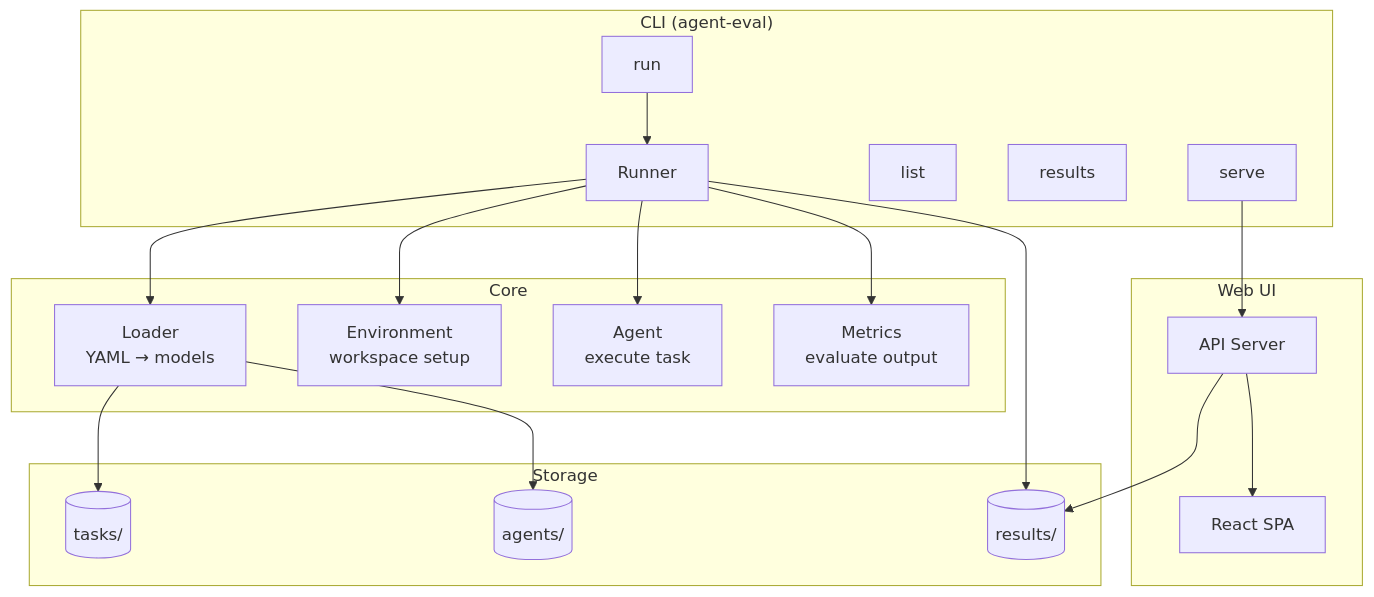
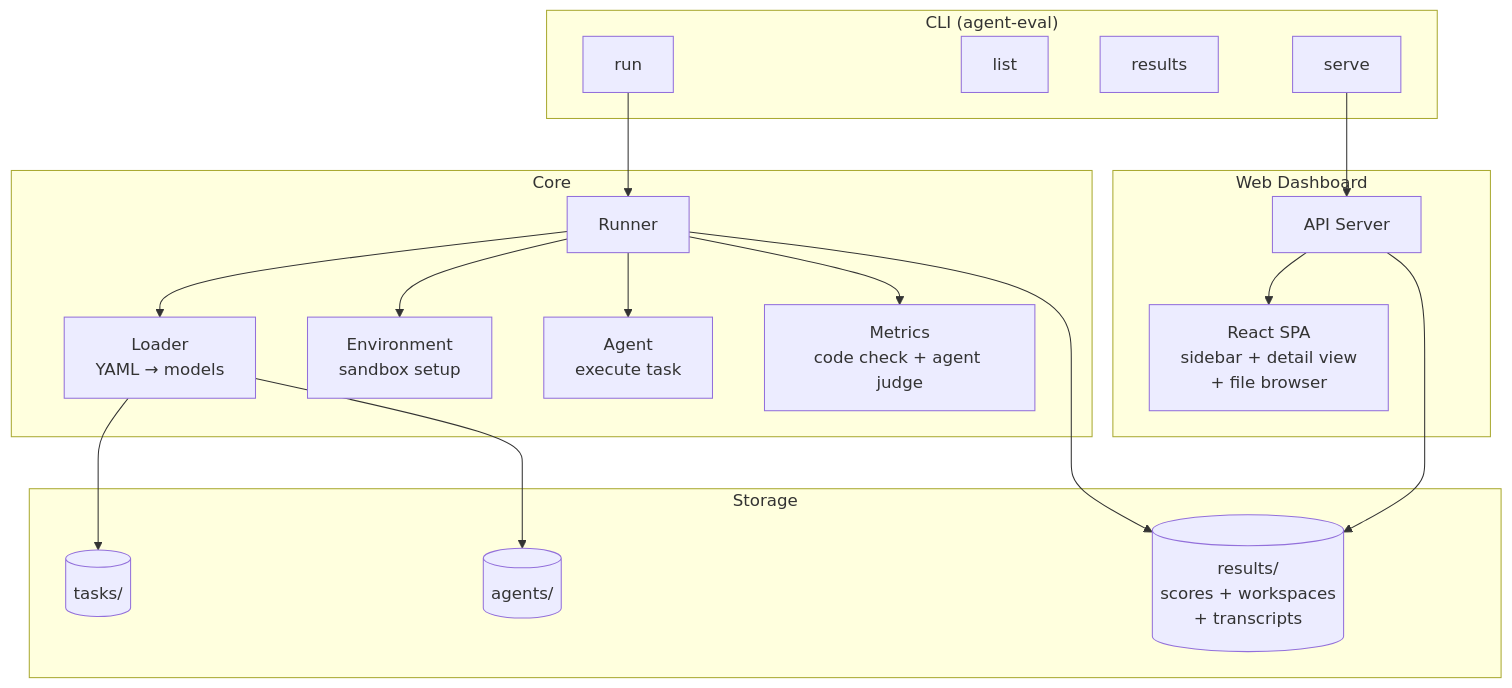
One commit to xufanglin/auto-agent-eval changed the fourth of 4 diagrams in README.md. Above: the diagram before and after it, drawn with Mermaid. The commit also changed other lines of this file, not shown here.

Commit message:
README: elevate Agent-as-Judge concept, incorporate Anthropic eval principles

````diff
--- a/README.md
+++ b/README.md
@@ -102,28 +155,29 @@
 ```mermaid
 graph TB
     subgraph CLI["CLI (agent-eval)"]
-        RUN[run] --> RUNNER[Runner]
+        RUN[run]
         LIST[list]
         RES[results]
         SERVE[serve]
     end
 
     subgraph Core
+        RUN --> RUNNER[Runner]
         RUNNER --> LOADER[Loader<br/>YAML → models]
-        RUNNER --> ENV[Environment<br/>workspace setup]
+        RUNNER --> ENV[Environment<br/>sandbox setup]
         RUNNER --> AG[Agent<br/>execute task]
-        RUNNER --> MET[Metrics<br/>evaluate output]
+        RUNNER --> MET[Metrics<br/>code check + agent judge]
     end
 
     subgraph Storage
         LOADER --> TASKS[(tasks/)]
         LOADER --> AGENTS[(agents/)]
-        RUNNER --> RESULTS[(results/)]
+        RUNNER --> RESULTS[(results/<br/>scores + workspaces<br/>+ transcripts)]
     end
 
-    subgraph Web["Web UI"]
+    subgraph Web["Web Dashboard"]
         SERVE --> SERVER[API Server]
         SERVER --> RESULTS
-        SERVER --> STATIC[React SPA]
+        SERVER --> SPA[React SPA<br/>sidebar + detail view<br/>+ file browser]
     end
 ```
````
